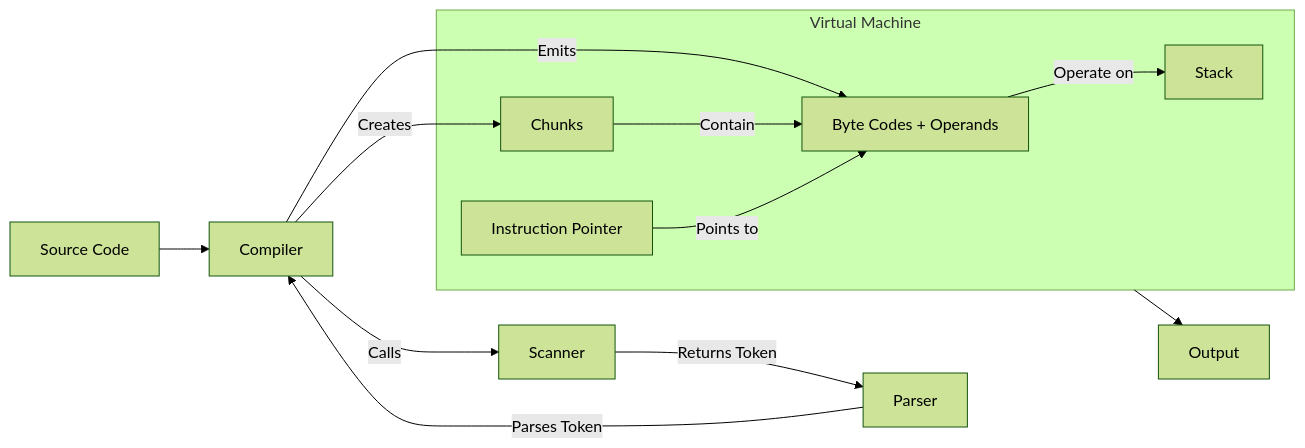
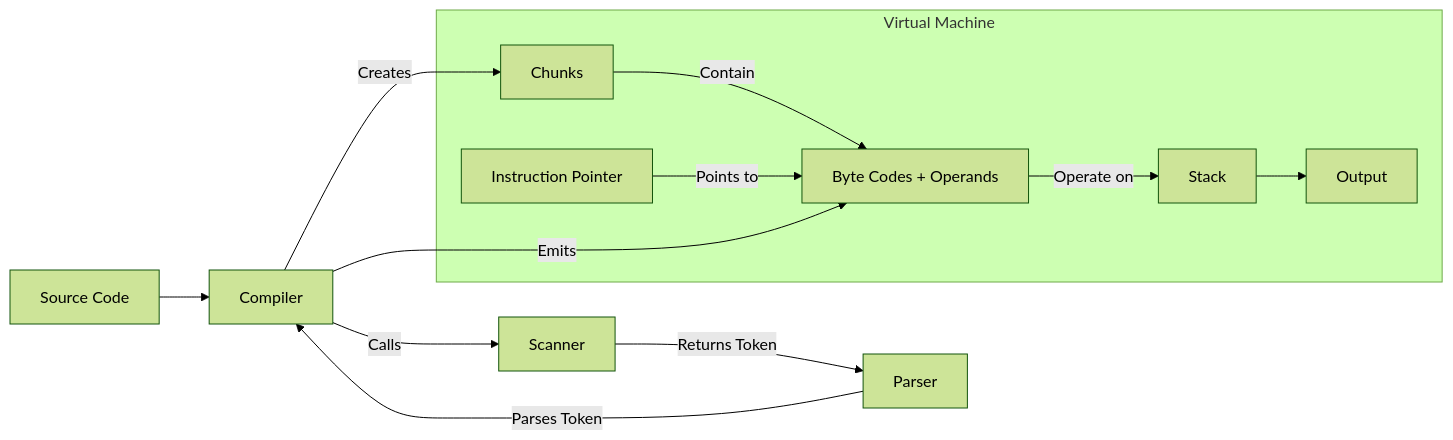
One commit to mikeybkats/crafting-interpreters changed the diagram in project_notes/CLOX_ARCHITECTURE.md. Above: the diagram before and after it, drawn with Mermaid (forest theme). The commit also changed 2 other files, not shown here.

Commit message:
fixing tests

````diff
--- a/project_notes/CLOX_ARCHITECTURE.md
+++ b/project_notes/CLOX_ARCHITECTURE.md
@@ -3,18 +3,18 @@
 ```mermaid
 flowchart LR
     SRC[Source Code] --> COMPILER[Compiler]
     COMPILER -->|Calls| SCANNER[Scanner]
     SCANNER -->|Returns Token| PARSER[Parser]
     PARSER -->|Parses Token| COMPILER
 
-    COMPILER -->|Emits| BYTECODES[Byte Codes + Operands]
-
-    subgraph VM[Virtual Machine]
+    subgraph vm["Virtual Machine"]
+        BYTECODES["Byte Codes + Operands"]
         CHUNKS[Chunks] -->|Contain| BYTECODES
         IP[Instruction Pointer] -->|Points to| BYTECODES
         BYTECODES -->|Operate on| STACK[Stack]
+        STACK --> OUTPUT[Output]
     end
 
+    COMPILER -->|Emits| BYTECODES
     COMPILER -->|Creates| CHUNKS
-    VM --> OUTPUT[Output]
 ```
````
